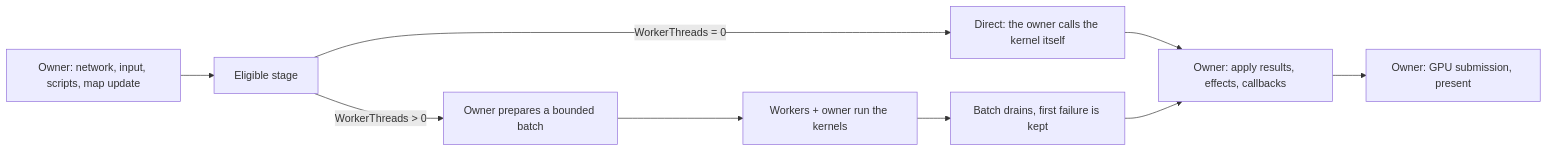
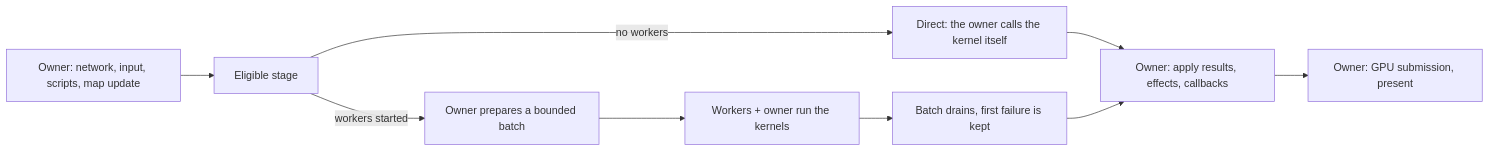
Before and after one commit to cvet/fonline: the diagram in Docs/ClientMultithreading.md, drawn with Mermaid. The commit also changed other lines of this file and 11 other files, not shown here.

````diff
--- a/Docs/ClientMultithreading.md
+++ b/Docs/ClientMultithreading.md
@@ -37,11 +39,11 @@
 ```mermaid
 flowchart LR
     A[Owner: network, input, scripts, map update] --> B[Eligible stage]
-    B -->|WorkerThreads = 0| S[Direct: the owner calls the kernel itself]
-    B -->|WorkerThreads > 0| P[Owner prepares a bounded batch]
+    B -->|no workers| S[Direct: the owner calls the kernel itself]
+    B -->|workers started| P[Owner prepares a bounded batch]
     P --> W[Workers + owner run the kernels]
     W --> J[Batch drains, first failure is kept]
     S --> C[Owner: apply results, effects, callbacks]
     J --> C
     C --> R[Owner: GPU submission, present]
 ```
````
